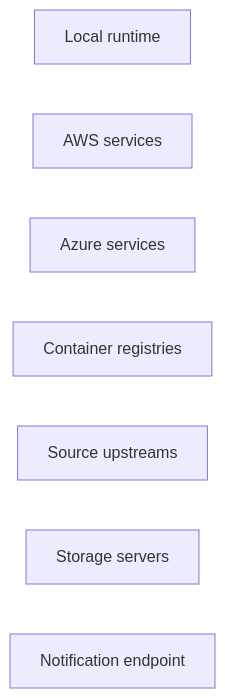
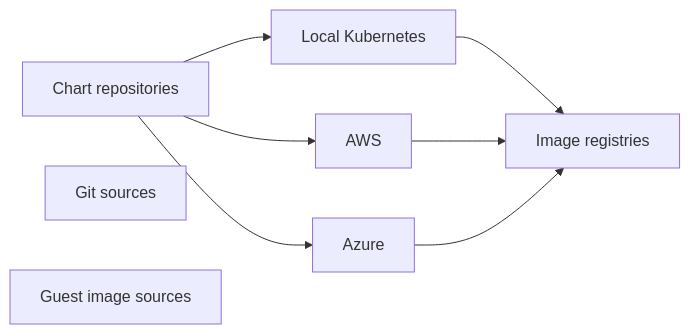
One commit to alissonsol/yuruna changed the seventh of 7 diagrams in docs/design/02-component-breakdown.md. Above: the diagram before and after it, drawn with Mermaid. The commit also changed other lines of this file and 901 other files, not shown here.

````diff
--- a/docs/design/02-component-breakdown.md
+++ b/docs/design/02-component-breakdown.md
@@ -167,10 +211,16 @@
 ```mermaid
 flowchart LR
-  local-runtime["Local runtime"]
-  aws-services["AWS services"]
-  azure-services["Azure services"]
-  container-registries["Container registries"]
-  source-upstreams["Source upstreams"]
-  storage-servers["Storage servers"]
-  notification-endpoint["Notification endpoint"]
+    global-resources-localhost["Local Kubernetes"]
+    global-resources-aws["AWS"]
+    global-resources-azure["Azure"]
+    yuruna-component-registry["Image registries"]
+    yuruna-workload["Chart repositories"]
+    yuruna-github-source["Git sources"]
+    yuruna-image["Guest image sources"]
+    global-resources-localhost --> yuruna-component-registry
+    global-resources-aws --> yuruna-component-registry
+    global-resources-azure --> yuruna-component-registry
+    yuruna-workload --> global-resources-localhost
+    yuruna-workload --> global-resources-aws
+    yuruna-workload --> global-resources-azure
 ```
````
